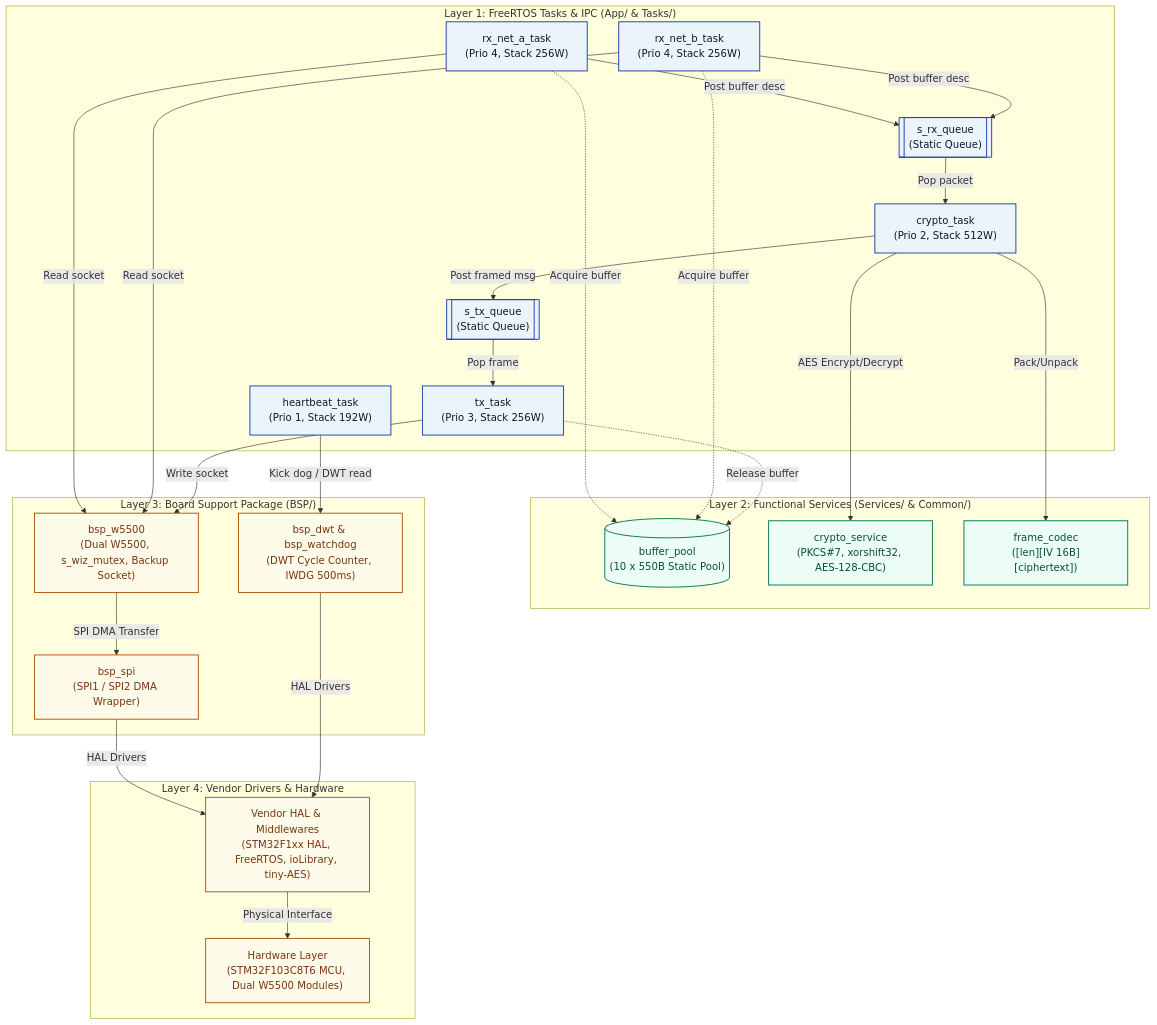
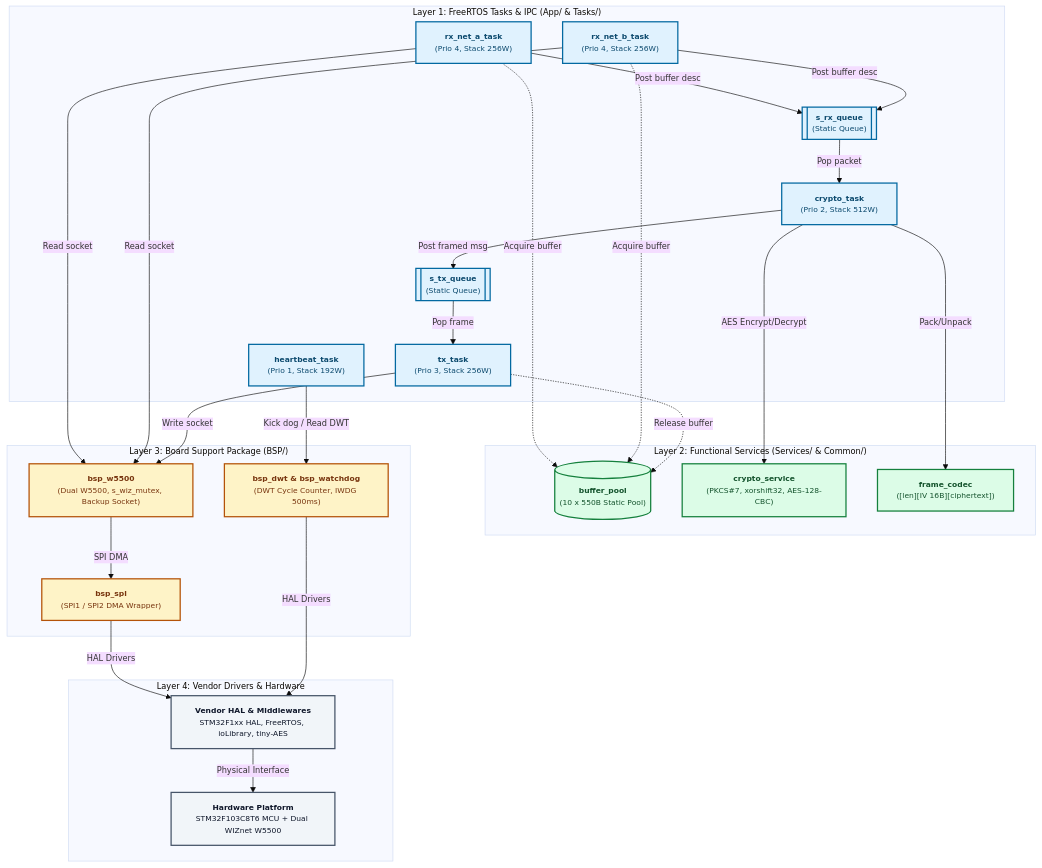
The second of 2 diagrams in README.md (Draconic211/Secure_Gateway_AES128_STM32), drawn with Mermaid before and after one commit. The commit also changed other lines of this file, not shown here.

````diff
--- a/README.md
+++ b/README.md
@@ -70,56 +69,63 @@
 ```mermaid
+%%{init: {'theme': 'base', 'themeVariables': { 'fontFamily': 'ui-sans-serif, system-ui, -apple-system, Segoe UI, Roboto, Helvetica, Arial, sans-serif', 'fontSize': '13px' }}}%%
 flowchart TB
-    classDef taskClass    fill:#EBF3FB,stroke:#1E40AF,stroke-width:1.5px,color:#0F172A;
-    classDef serviceClass fill:#ECFDF5,stroke:#047857,stroke-width:1.5px,color:#064E3B;
-    classDef bspClass     fill:#FFFBEB,stroke:#B45309,stroke-width:1.5px,color:#78350F;
+    %% =============================================================
+    %% BẢNG MÀU PHÂN LỚP
+    %% =============================================================
+    classDef default font-size:12px,color:#0F172A;
+    classDef taskClass    fill:#E0F2FE,stroke:#0369A1,stroke-width:2px,color:#0C4A6E,font-weight:500;
+    classDef serviceClass fill:#DCFCE7,stroke:#15803D,stroke-width:2px,color:#14532D,font-weight:500;
+    classDef bspClass     fill:#FEF3C7,stroke:#B45309,stroke-width:2px,color:#78350F,font-weight:500;
+    classDef hwClass      fill:#F1F5F9,stroke:#475569,stroke-width:2px,color:#0F172A,font-weight:500;
 
-    subgraph L1["Layer 1: FreeRTOS Tasks & IPC (App/ & Tasks/)"]
-        RXA["rx_net_a_task<br/>(Prio 4, Stack 256W)"]
-        RXB["rx_net_b_task<br/>(Prio 4, Stack 256W)"]
-        QRX[["s_rx_queue<br/>(Static Queue)"]]
-        CRYPTO["crypto_task<br/>(Prio 2, Stack 512W)"]
-        QTX[["s_tx_queue<br/>(Static Queue)"]]
-        TX["tx_task<br/>(Prio 3, Stack 256W)"]
-        HB["heartbeat_task<br/>(Prio 1, Stack 192W)"]
+    subgraph L1[" Layer 1: FreeRTOS Tasks & IPC (App/ & Tasks/) "]
+        RXA["<b>rx_net_a_task</b><br/>(Prio 4, Stack 256W)"]
+        RXB["<b>rx_net_b_task</b><br/>(Prio 4, Stack 256W)"]
+        QRX[["<b>s_rx_queue</b><br/>(Static Queue)"]]
+        CRYPTO["<b>crypto_task</b><br/>(Prio 2, Stack 512W)"]
+        QTX[["<b>s_tx_queue</b><br/>(Static Queue)"]]
+        TX["<b>tx_task</b><br/>(Prio 3, Stack 256W)"]
+        HB["<b>heartbeat_task</b><br/>(Prio 1, Stack 192W)"]
     end
 
-    subgraph L2["Layer 2: Functional Services (Services/ & Common/)"]
-        POOL[("buffer_pool<br/>(10 x 550B Static Pool)")]
-        CS["crypto_service<br/>(PKCS#7, xorshift32, AES-128-CBC)"]
-        CODEC["frame_codec<br/>([len][IV 16B][ciphertext])"]
+    subgraph L2[" Layer 2: Functional Services (Services/ & Common/) "]
+        POOL[("<b>buffer_pool</b><br/>(10 x 550B Static Pool)")]
+        CS["<b>crypto_service</b><br/>(PKCS#7, xorshift32, AES-128-CBC)"]
+        CODEC["<b>frame_codec</b><br/>([len][IV 16B][ciphertext])"]
     end
 
-    subgraph L3["Layer 3: Board Support Package (BSP/)"]
-        WIZ["bsp_w5500<br/>(Dual W5500, s_wiz_mutex, Backup Socket)"]
-        SPI["bsp_spi<br/>(SPI1 / SPI2 DMA Wrapper)"]
-        DIAG["bsp_dwt & bsp_watchdog<br/>(DWT Cycle Counter, IWDG 500ms)"]
+    subgraph L3[" Layer 3: Board Support Package (BSP/) "]
+        WIZ["<b>bsp_w5500</b><br/>(Dual W5500, s_wiz_mutex, Backup Socket)"]
+        SPI["<b>bsp_spi</b><br/>(SPI1 / SPI2 DMA Wrapper)"]
+        DIAG["<b>bsp_dwt & bsp_watchdog</b><br/>(DWT Cycle Counter, IWDG 500ms)"]
     end
 
-    subgraph L4["Layer 4: Vendor Drivers & Hardware"]
-        HAL["Vendor HAL & Middlewares<br/>(STM32F1xx HAL, FreeRTOS, ioLibrary, tiny-AES)"]
-        HW["Hardware Layer<br/>(STM32F103C8T6 MCU, Dual W5500 Modules)"]
+    subgraph L4[" Layer 4: Vendor Drivers & Hardware "]
+        HAL["<b>Vendor HAL & Middlewares</b><br/>STM32F1xx HAL, FreeRTOS, ioLibrary, tiny-AES"]
+        HW["<b>Hardware Platform</b><br/>STM32F103C8T6 MCU + Dual WIZnet W5500"]
     end
 
     RXA & RXB -->|"Post buffer desc"| QRX
     QRX -->|"Pop packet"| CRYPTO
     CRYPTO -->|"Post framed msg"| QTX
     QTX -->|"Pop frame"| TX
 
     RXA & RXB -.->|"Acquire buffer"| POOL
     TX -.->|"Release buffer"| POOL
 
     CRYPTO -->|"AES Encrypt/Decrypt"| CS
     CRYPTO -->|"Pack/Unpack"| CODEC
 
     RXA & RXB -->|"Read socket"| WIZ
     TX -->|"Write socket"| WIZ
-    HB -->|"Kick dog / DWT read"| DIAG
+    HB -->|"Kick dog / Read DWT"| DIAG
 
-    WIZ -->|"SPI DMA Transfer"| SPI
+    WIZ -->|"SPI DMA"| SPI
     SPI & DIAG -->|"HAL Drivers"| HAL
     HAL -->|"Physical Interface"| HW
 
     class RXA,RXB,QRX,CRYPTO,QTX,TX,HB taskClass;
     class POOL,CS,CODEC serviceClass;
-    class WIZ,SPI,DIAG,HAL,HW bspClass;
+    class WIZ,SPI,DIAG bspClass;
+    class HAL,HW hwClass;
 ```
````
